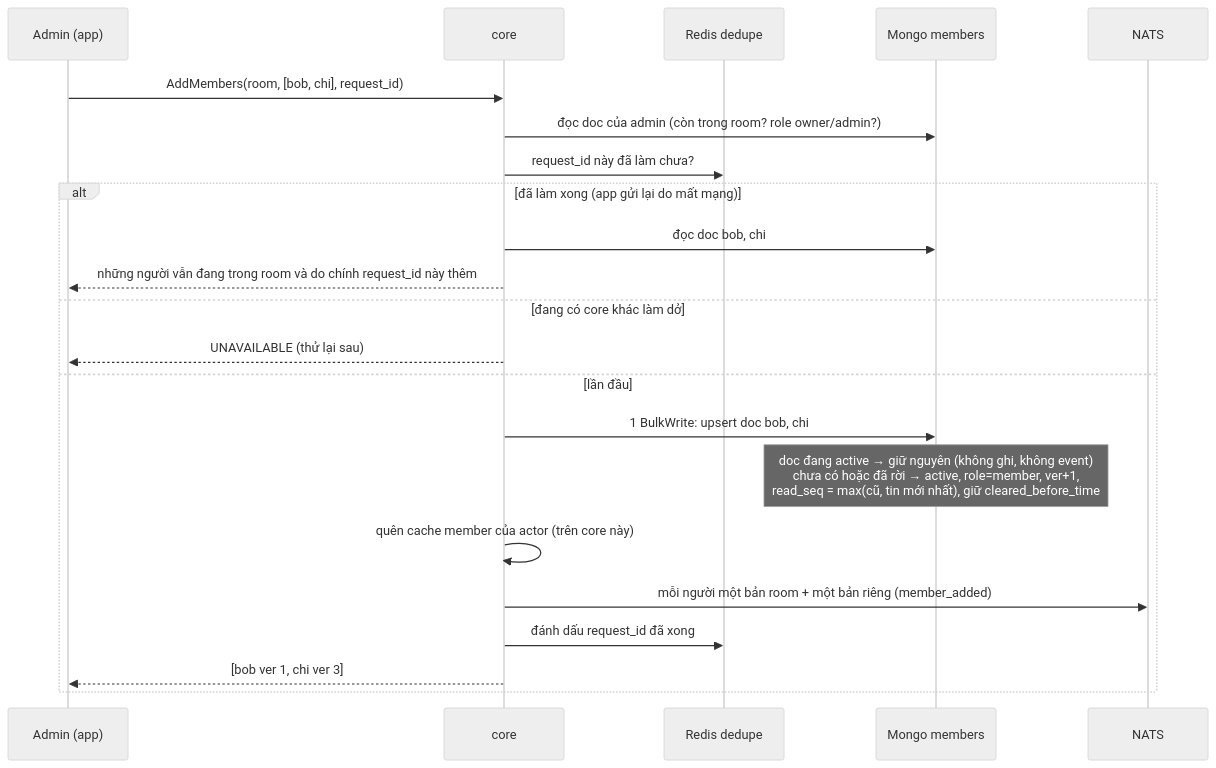
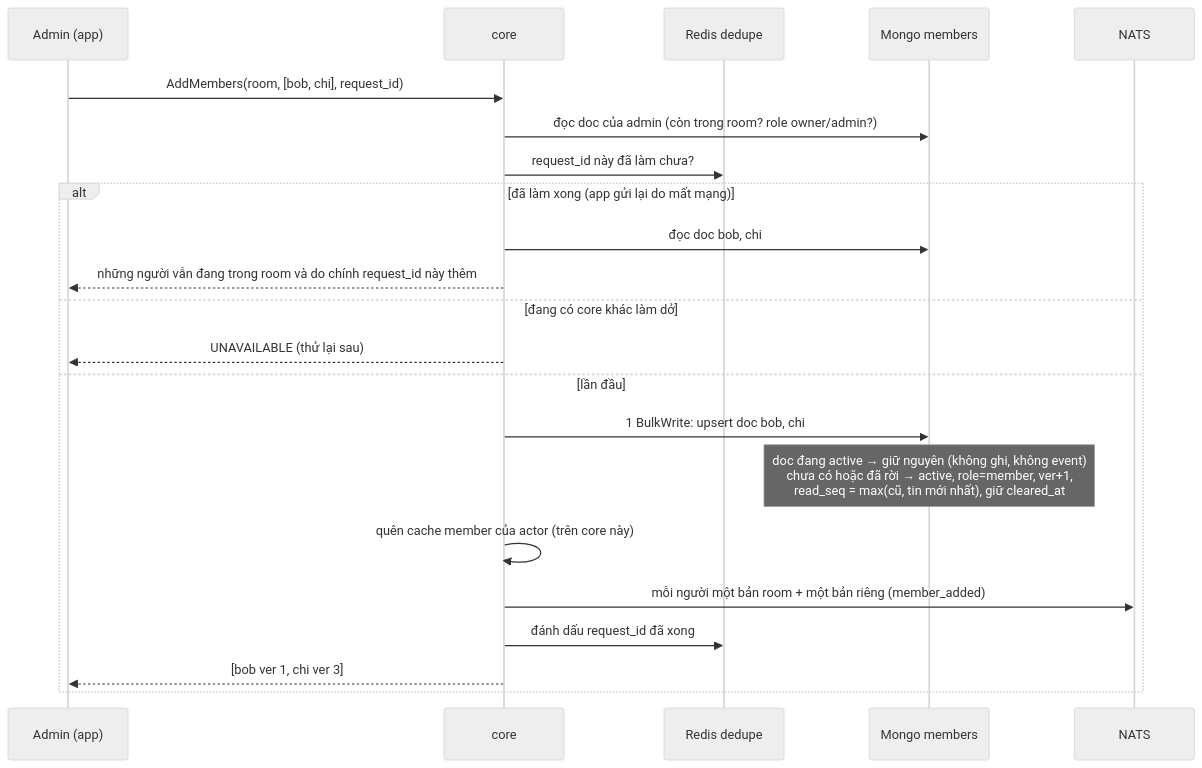
One commit to ivannguyendev/chatim changed the second of 4 diagrams in docs/plans/2026-10-06-m2b4-members-read-summary.md. Above: the diagram before and after it, drawn with Mermaid (neutral theme). The commit also changed other lines of this file and 2 other files, not shown here.

Commit message:
docs: name the clear-history mark cleared_at in the M2b.4 plan

````diff
--- a/docs/plans/2026-10-06-m2b4-members-read-summary.md
+++ b/docs/plans/2026-10-06-m2b4-members-read-summary.md
@@ -108,24 +108,24 @@
 ```mermaid
 sequenceDiagram
   participant A as Admin (app)
   participant C as core
   participant R as Redis dedupe
   participant M as Mongo members
   participant N as NATS
   A->>C: AddMembers(room, [bob, chi], request_id)
   C->>M: đọc doc của admin (còn trong room? role owner/admin?)
   C->>R: request_id này đã làm chưa?
   alt đã làm xong (app gửi lại do mất mạng)
     C->>M: đọc doc bob, chi
     C-->>A: những người vẫn đang trong room và do chính request_id này thêm
   else đang có core khác làm dở
     C-->>A: UNAVAILABLE (thử lại sau)
   else lần đầu
     C->>M: 1 BulkWrite: upsert doc bob, chi
-    Note over M: doc đang active → giữ nguyên (không ghi, không event)<br/>chưa có hoặc đã rời → active, role=member, ver+1,<br/>read_seq = max(cũ, tin mới nhất), giữ cleared_before_time
+    Note over M: doc đang active → giữ nguyên (không ghi, không event)<br/>chưa có hoặc đã rời → active, role=member, ver+1,<br/>read_seq = max(cũ, tin mới nhất), giữ cleared_at
     C->>C: quên cache member của actor (trên core này)
     C->>N: mỗi người một bản room + một bản riêng (member_added)
     C->>R: đánh dấu request_id đã xong
     C-->>A: [bob ver 1, chi ver 3]
   end
 ```
````
